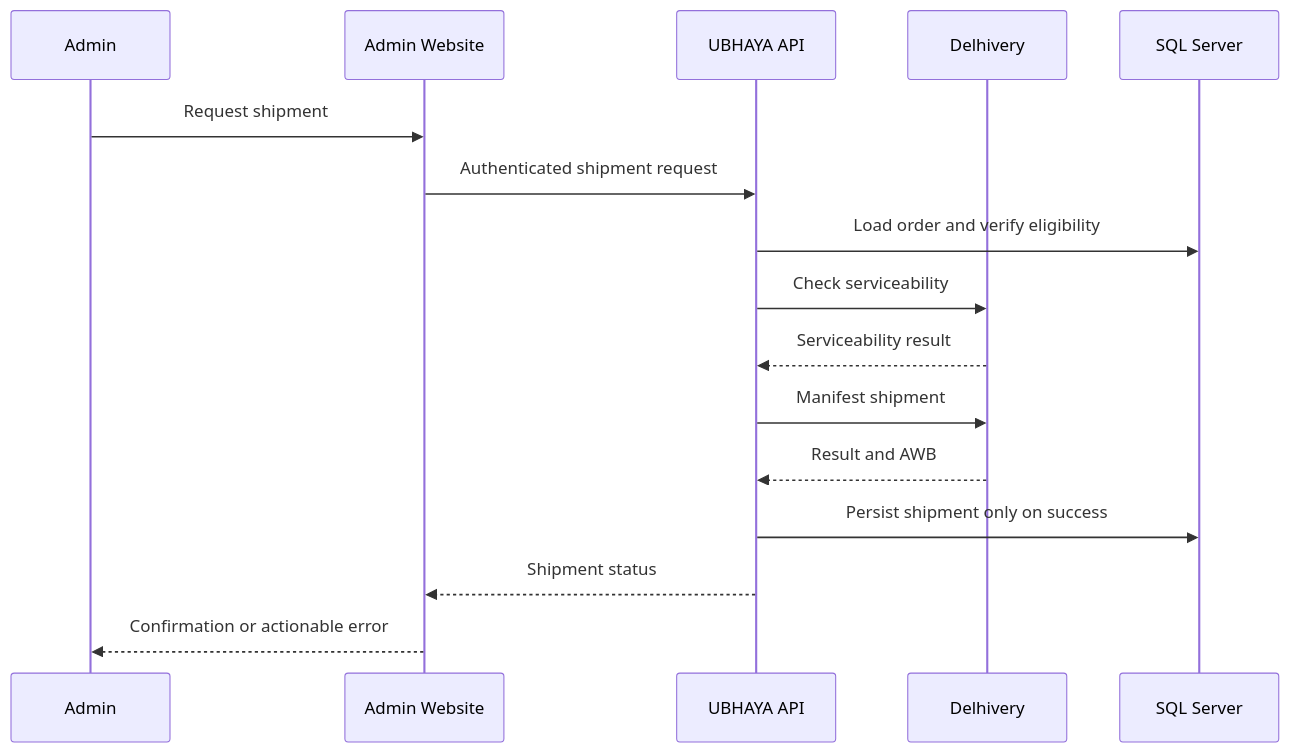
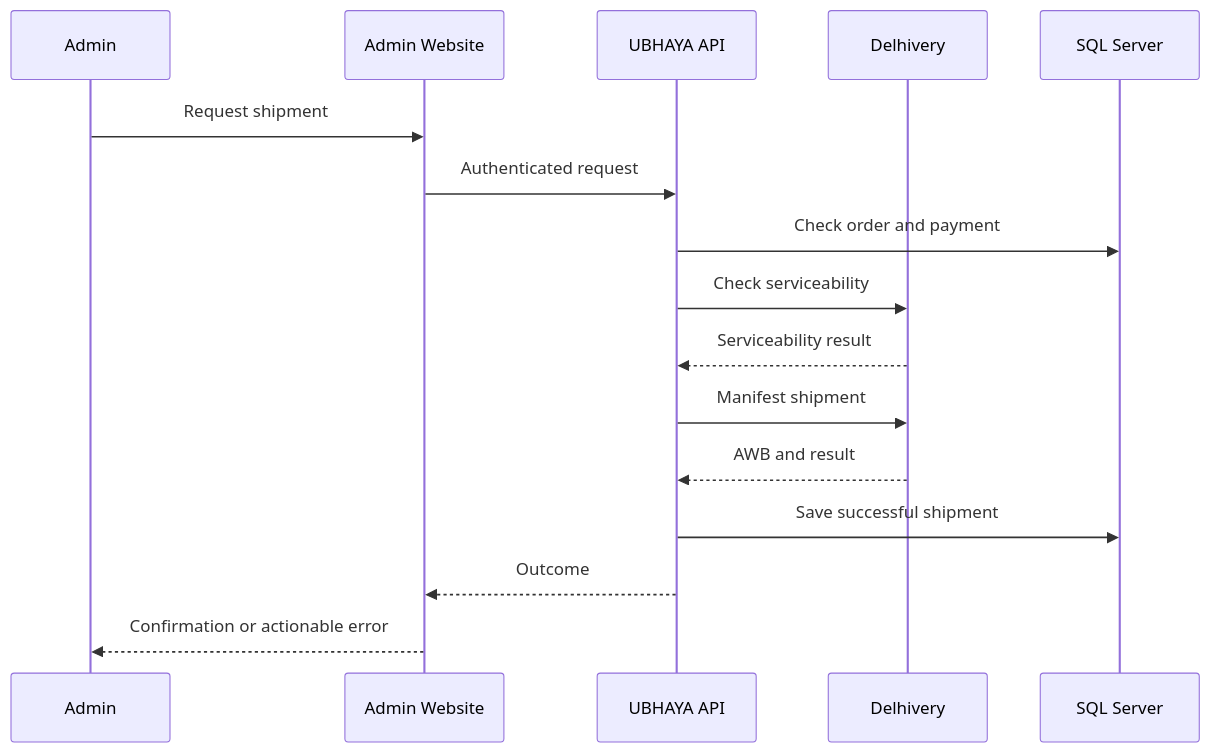
Before and after one commit to jaswanth5021/UbhayaFashions: the third of 3 diagrams in docs/APP_FLOW.md, drawn with Mermaid. The commit also changed other lines of this file, not shown here.

````diff
--- a/docs/APP_FLOW.md
+++ b/docs/APP_FLOW.md
@@ -95,18 +77,18 @@
 ```mermaid
 sequenceDiagram
-    participant Admin
-    participant Web as Admin Website
-    participant API as UBHAYA API
-    participant Carrier as Delhivery
-    participant DB as SQL Server
-    Admin->>Web: Request shipment
-    Web->>API: Authenticated shipment request
-    API->>DB: Load order and verify eligibility
-    API->>Carrier: Check serviceability
-    Carrier-->>API: Serviceability result
-    API->>Carrier: Manifest shipment
-    Carrier-->>API: Result and AWB
-    API->>DB: Persist shipment only on success
-    API-->>Web: Shipment status
-    Web-->>Admin: Confirmation or actionable error
+ participant Admin
+ participant Web as Admin Website
+ participant API as UBHAYA API
+ participant D as Delhivery
+ participant DB as SQL Server
+ Admin->>Web: Request shipment
+ Web->>API: Authenticated request
+ API->>DB: Check order and payment
+ API->>D: Check serviceability
+ D-->>API: Serviceability result
+ API->>D: Manifest shipment
+ D-->>API: AWB and result
+ API->>DB: Save successful shipment
+ API-->>Web: Outcome
+ Web-->>Admin: Confirmation or actionable error
 ```
````
